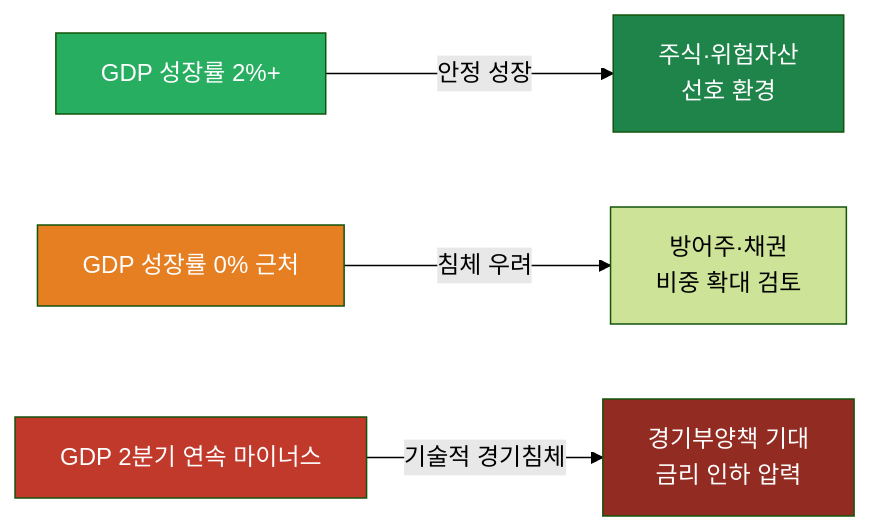
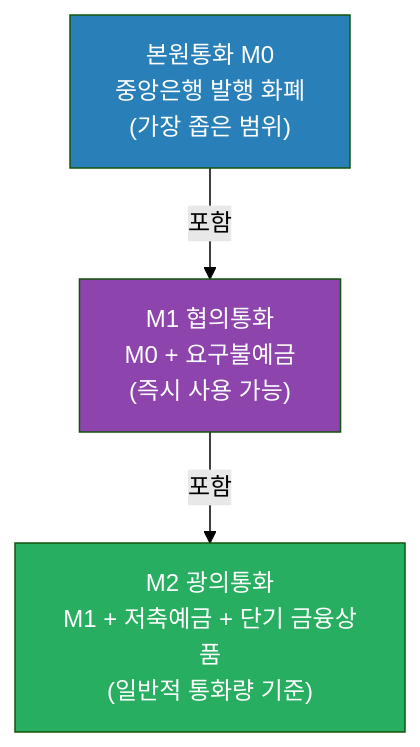
Before and after one commit to edumgt/python-quant: the seventh of 12 diagrams in docs/03.md, drawn with Mermaid (forest theme). The commit also changed other lines of this file and 36 other files, not shown here.

````diff
--- a/docs/03.md
+++ b/docs/03.md
@@ -478,12 +296,13 @@
 ```mermaid
-flowchart LR
-    A["GDP 성장률 2%+"] -->|안정 성장| B["주식·위험자산\n선호 환경"]
-    C["GDP 성장률 0% 근처"] -->|침체 우려| D["방어주·채권\n비중 확대 검토"]
-    E["GDP 2분기 연속 마이너스"] -->|기술적 경기침체| F["경기부양책 기대\n금리 인하 압력"]
+flowchart TD
+    M0["본원통화 M0\n중앙은행 발행 화폐\n(가장 좁은 범위)"]
+    M1["M1 협의통화\nM0 + 요구불예금\n(즉시 사용 가능)"]
+    M2["M2 광의통화\nM1 + 저축예금 + 단기 금융상품\n(일반적 통화량 기준)"]
 
-    style A fill:#27ae60,color:#fff
-    style B fill:#1e8449,color:#fff
-    style C fill:#e67e22,color:#fff
-    style E fill:#c0392b,color:#fff
-    style F fill:#922b21,color:#fff
+    M0 -->|포함| M1
+    M1 -->|포함| M2
+
+    style M0 fill:#2980b9,color:#fff
+    style M1 fill:#8e44ad,color:#fff
+    style M2 fill:#27ae60,color:#fff
 ```
````
